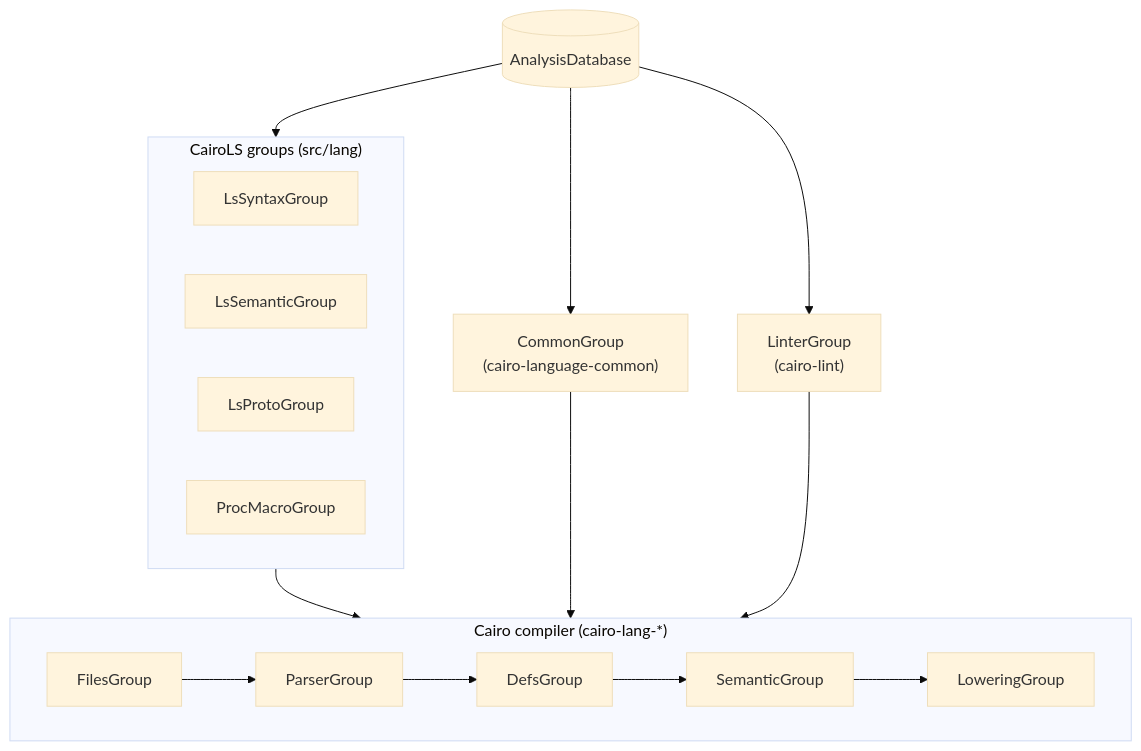
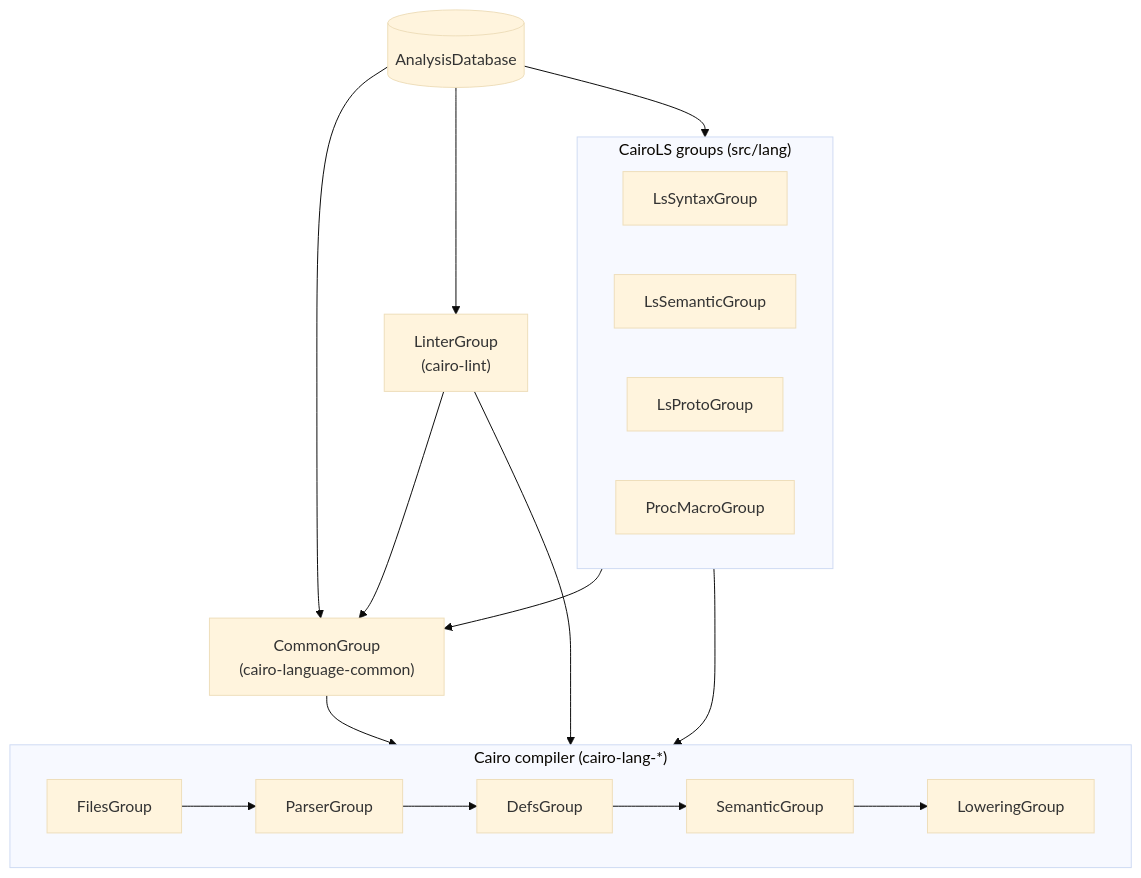
Before and after one commit to software-mansion/cairols: the second of 7 diagrams in ARCHITECTURE.md, drawn with Mermaid (base theme). The commit also changed other lines of this file, not shown here.

Commit message:
Explain resultants and LintGroup

````diff
--- a/ARCHITECTURE.md
+++ b/ARCHITECTURE.md
@@ -64,17 +64,18 @@
 ```mermaid
 flowchart TB
     db[("AnalysisDatabase")]
     subgraph ls ["CairoLS groups (src/lang)"]
         lssyntax["LsSyntaxGroup"]
         lssemantic["LsSemanticGroup"]
         lsproto["LsProtoGroup"]
         procmacro["ProcMacroGroup"]
     end
     common["CommonGroup<br/>(cairo-language-common)"]
     lint["LinterGroup<br/>(cairo-lint)"]
     subgraph compiler ["Cairo compiler (cairo-lang-*)"]
         files["FilesGroup"] --> parser["ParserGroup"] --> defs["DefsGroup"] --> semantic["SemanticGroup"] --> lowering["LoweringGroup"]
     end
     db --> ls & common & lint
+    ls & lint --> common
     ls & common & lint --> compiler
 ```
````
